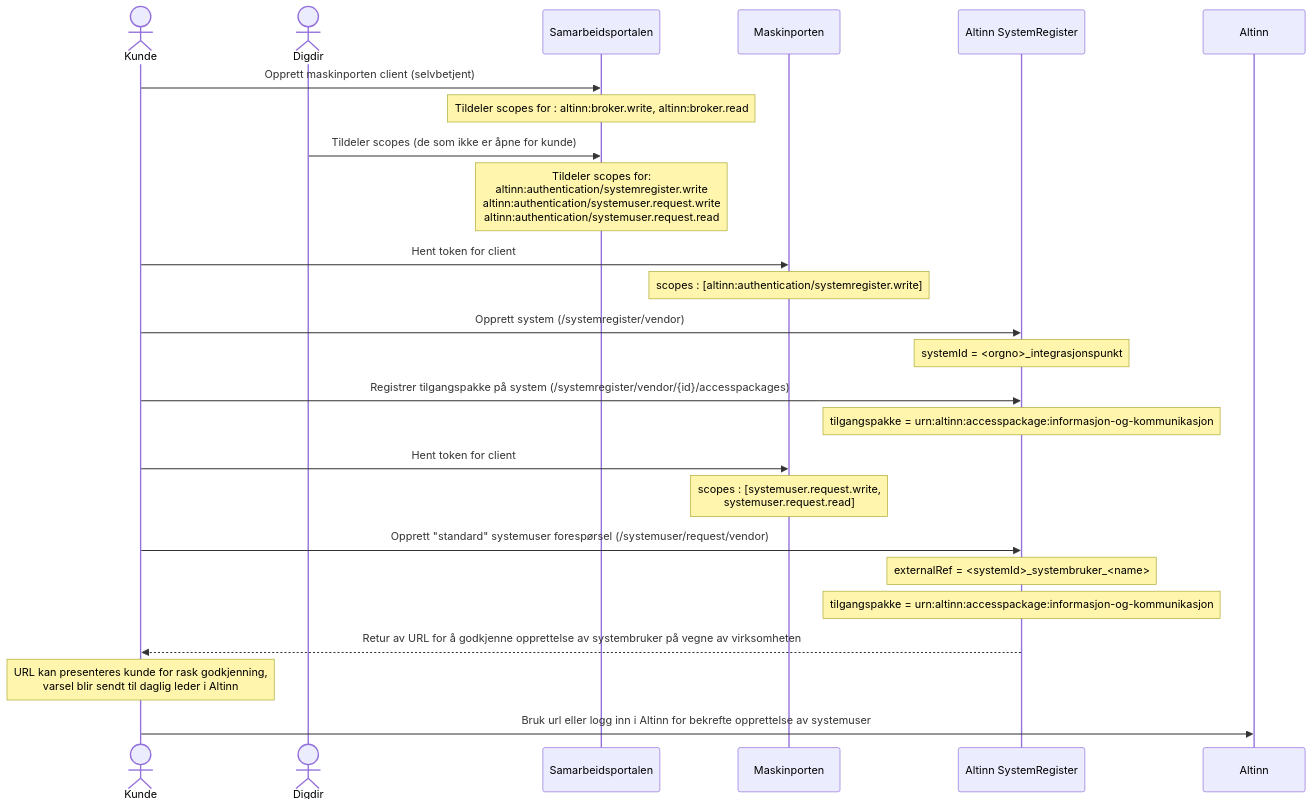
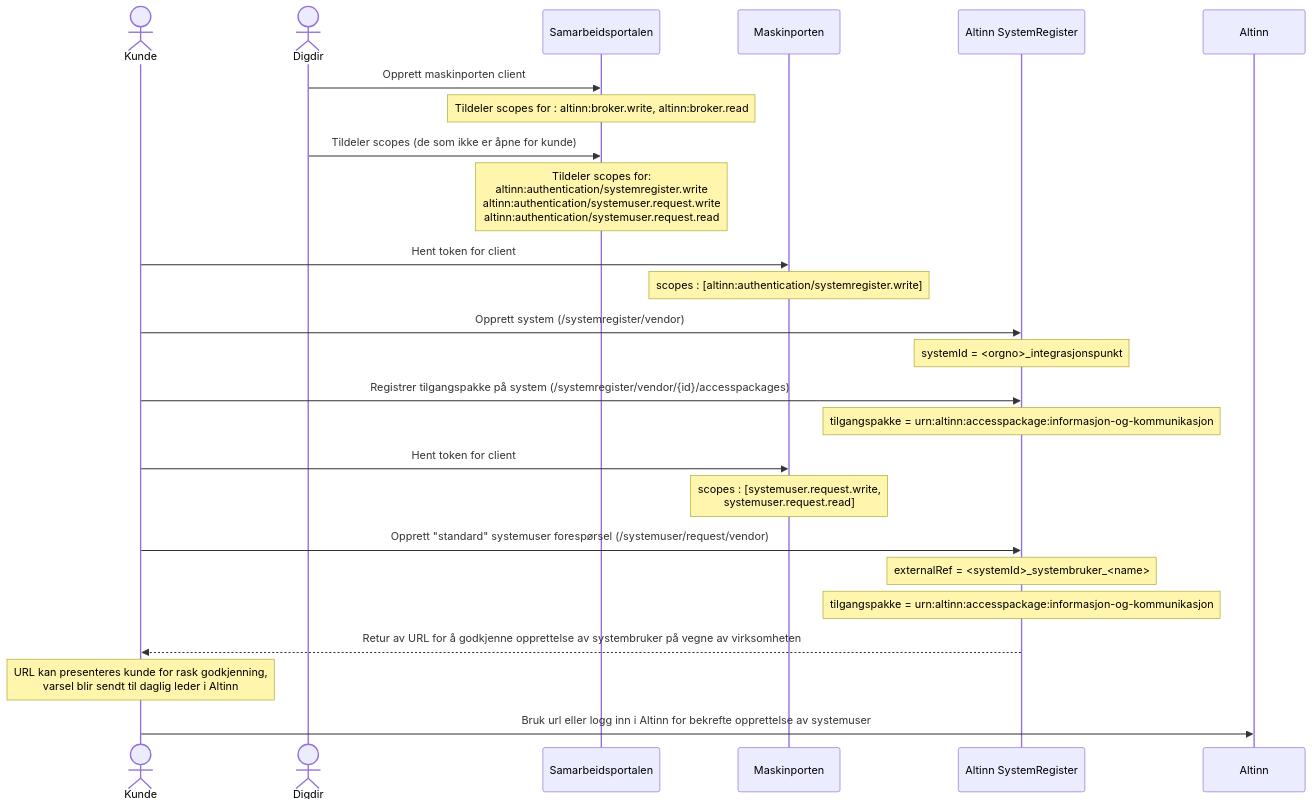
The diagram in _docs/eFormidling/installasjon/opprette_brukere.md (felleslosninger/docs), drawn with Mermaid before and after one commit.

```diff
--- a/_docs/eFormidling/installasjon/opprette_brukere.md
+++ b/_docs/eFormidling/installasjon/opprette_brukere.md
@@ -49,31 +49,31 @@
 <div class="mermaid">
 sequenceDiagram
     actor K as Kunde
     actor D as Digdir
     participant S as Samarbeidsportalen
     participant M as Maskinporten
     participant AS as Altinn SystemRegister
     participant A as Altinn
 
-    K->>S: Opprett maskinporten client (selvbetjent)
+    D->>S: Opprett maskinporten client
     note over S : Tildeler scopes for : altinn:broker.write, altinn:broker.read
 
     D->>S: Tildeler scopes (de som ikke er åpne for kunde) 
     note over S : Tildeler scopes for: <br> altinn:authentication/systemregister.write<br> altinn:authentication/systemuser.request.write<br> altinn:authentication/systemuser.request.read
     K->>M: Hent token for client
     note over M : scopes : [altinn:authentication/systemregister.write]
     K->>AS : Opprett system (/systemregister/vendor)
     note over AS: systemId = &lt;orgno&gt;_integrasjonspunkt
     K->>AS : Registrer tilgangspakke på system (/systemregister/vendor/{id}/accesspackages)
     note over AS: tilgangspakke = urn:altinn:accesspackage:informasjon-og-kommunikasjon
     K->>M: Hent token for client
     note over M : scopes : [systemuser.request.write,<br>systemuser.request.read]
 
     K->>AS: Opprett "standard" systemuser forespørsel (/systemuser/request/vendor)
     note over AS : externalRef = &lt;systemId&gt;_systembruker_&lt;name&gt;
     note over AS : tilgangspakke = urn:altinn:accesspackage:informasjon-og-kommunikasjon
     AS-->>K: Retur av URL for å godkjenne opprettelse av systembruker på vegne av virksomheten
     note over K : URL kan presenteres kunde for rask godkjenning,&lt;br&gt;varsel blir sendt til daglig leder i Altinn
     
     K->>A: Bruk url eller logg inn i Altinn for bekrefte opprettelse av systemuser
 </div>
```
